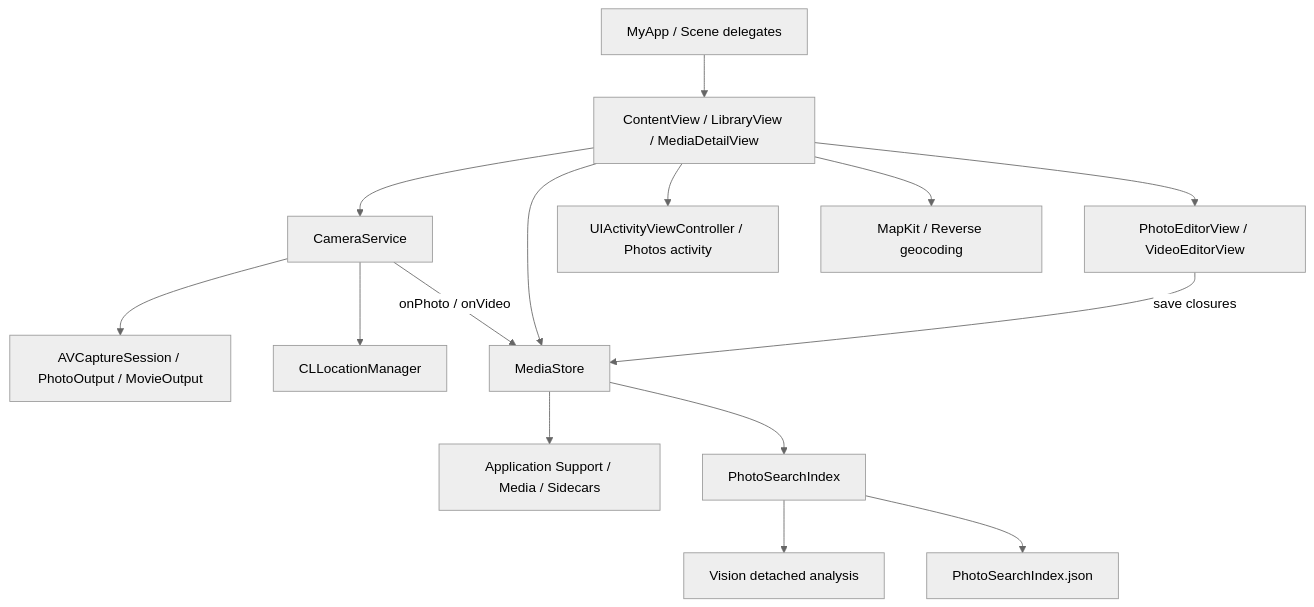
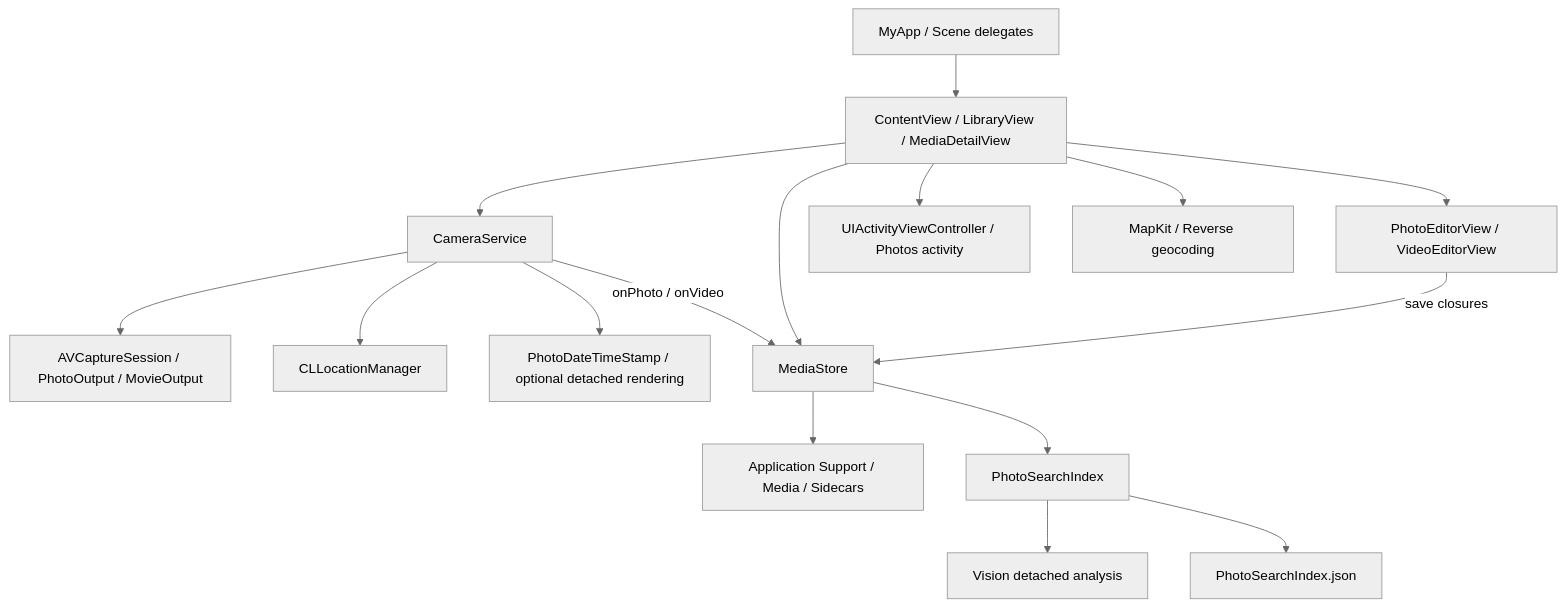
Before and after one commit to q7jxb7yxdk-star/work-camera: the diagram in TECHNICAL_DOCUMENTATION.md, drawn with Mermaid (neutral theme). The commit also changed other lines of this file and 5 other files, not shown here.

Commit message:
Add optional photo date and time stamp and update documentation

````diff
--- a/TECHNICAL_DOCUMENTATION.md
+++ b/TECHNICAL_DOCUMENTATION.md
@@ -24,17 +24,18 @@
 ```mermaid
 flowchart TD
     App[MyApp / Scene delegates] --> UI[ContentView / LibraryView / MediaDetailView]
     UI --> Camera[CameraService]
     Camera --> AV[AVCaptureSession / PhotoOutput / MovieOutput]
     Camera --> Location[CLLocationManager]
+    Camera --> Stamp[PhotoDateTimeStamp / optional detached rendering]
     Camera -->|onPhoto / onVideo| Store[MediaStore]
     UI --> Store
     Store --> Files[Application Support / Media / Sidecars]
     Store --> Search[PhotoSearchIndex]
     Search --> Vision[Vision detached analysis]
     Search --> Cache[PhotoSearchIndex.json]
     UI --> Editors[PhotoEditorView / VideoEditorView]
     Editors -->|save closures| Store
     UI --> Share[UIActivityViewController / Photos activity]
     UI --> Maps[MapKit / Reverse geocoding]
 ```
````
